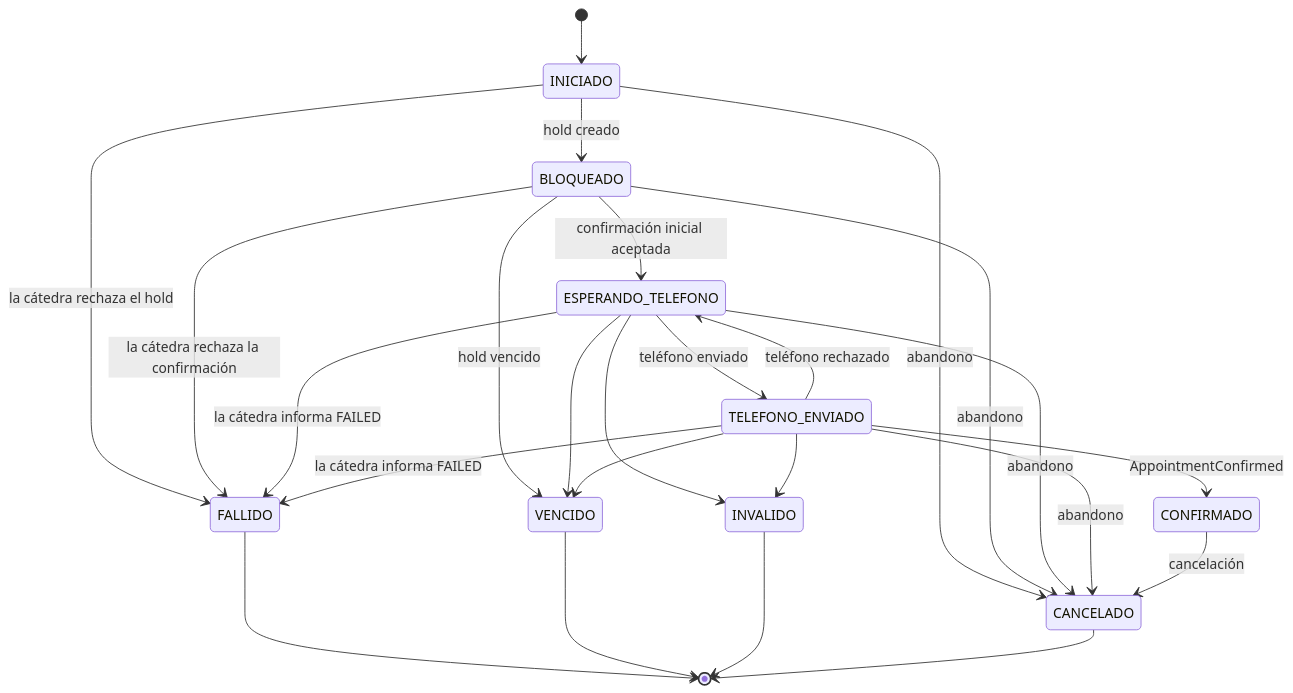
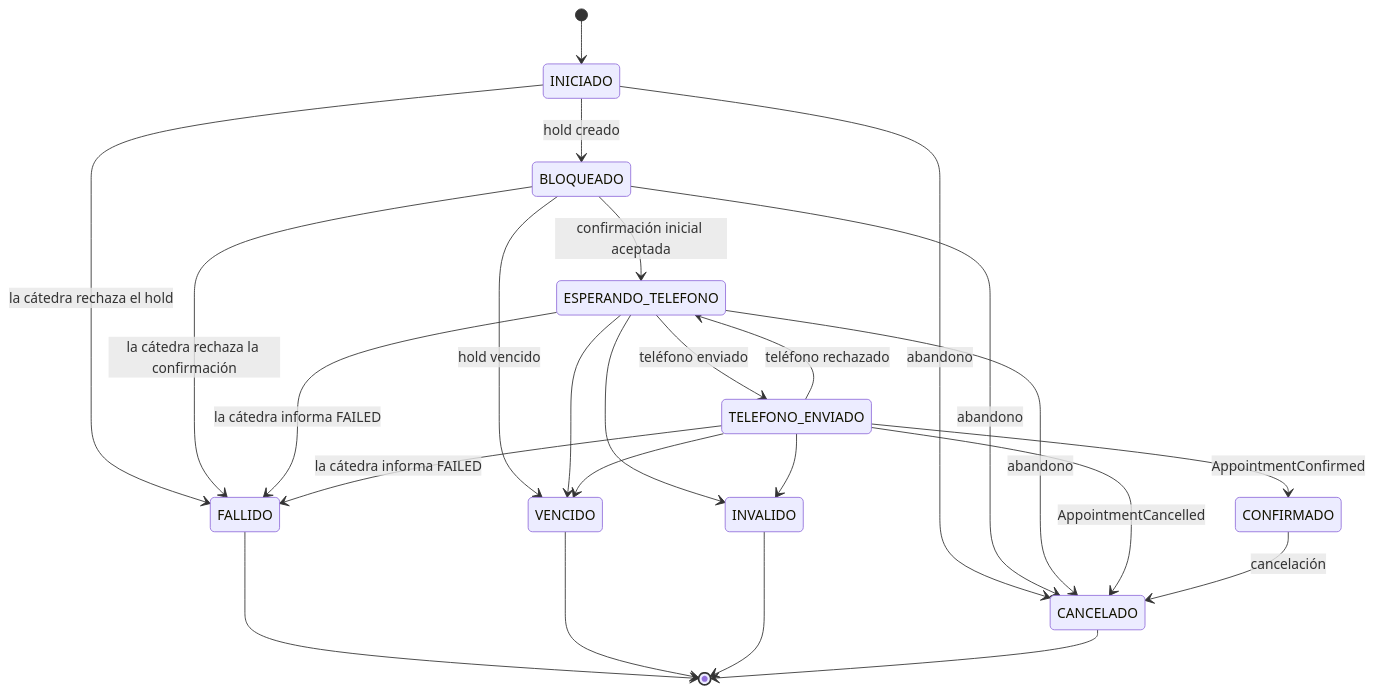
Before and after one commit to Tejada-ProgramacionII/turnos-reservas-service: the second of 2 diagrams in docs/casos-de-uso/README.md, drawn with Mermaid. The commit also changed other lines of this file and 2 other files, not shown here.

Commit message:
docs(reserva): excluir TELEFONO_ENVIADO del abandono en D-16 y CU-10

````diff
--- a/docs/casos-de-uso/README.md
+++ b/docs/casos-de-uso/README.md
@@ -80,27 +80,27 @@
 ```mermaid
 stateDiagram-v2
     [*] --> INICIADO
     INICIADO --> BLOQUEADO: hold creado
     INICIADO --> FALLIDO: la cátedra rechaza el hold
     BLOQUEADO --> ESPERANDO_TELEFONO: confirmación inicial aceptada
     BLOQUEADO --> VENCIDO: hold vencido
     BLOQUEADO --> FALLIDO: la cátedra rechaza la confirmación
     ESPERANDO_TELEFONO --> TELEFONO_ENVIADO: teléfono enviado
     TELEFONO_ENVIADO --> ESPERANDO_TELEFONO: teléfono rechazado
     ESPERANDO_TELEFONO --> VENCIDO
     TELEFONO_ENVIADO --> VENCIDO
     ESPERANDO_TELEFONO --> INVALIDO
     TELEFONO_ENVIADO --> INVALIDO
     ESPERANDO_TELEFONO --> FALLIDO: la cátedra informa FAILED
     TELEFONO_ENVIADO --> FALLIDO: la cátedra informa FAILED
     TELEFONO_ENVIADO --> CONFIRMADO: AppointmentConfirmed
     INICIADO --> CANCELADO: abandono
     BLOQUEADO --> CANCELADO: abandono
     ESPERANDO_TELEFONO --> CANCELADO: abandono
-    TELEFONO_ENVIADO --> CANCELADO: abandono
+    TELEFONO_ENVIADO --> CANCELADO: AppointmentCancelled
     CONFIRMADO --> CANCELADO: cancelación
     FALLIDO --> [*]
     VENCIDO --> [*]
     INVALIDO --> [*]
     CANCELADO --> [*]
 ```
````
